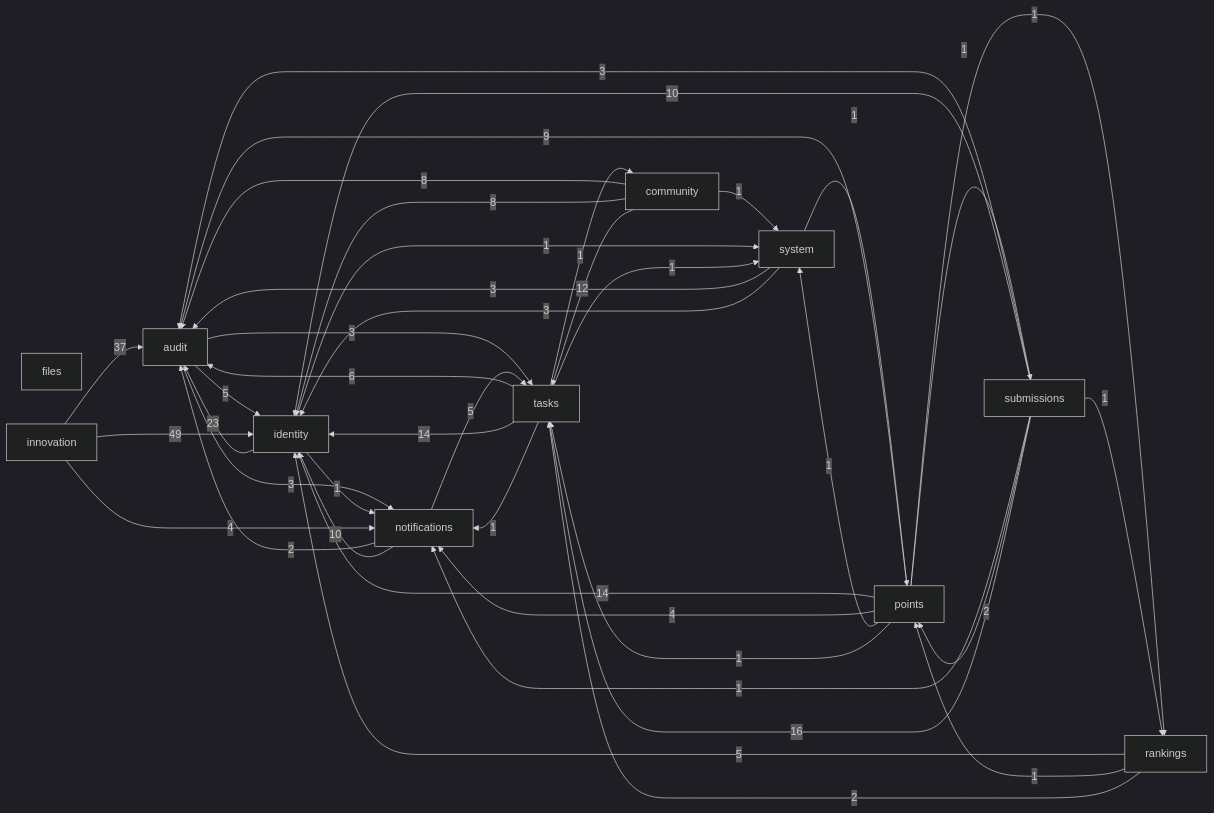
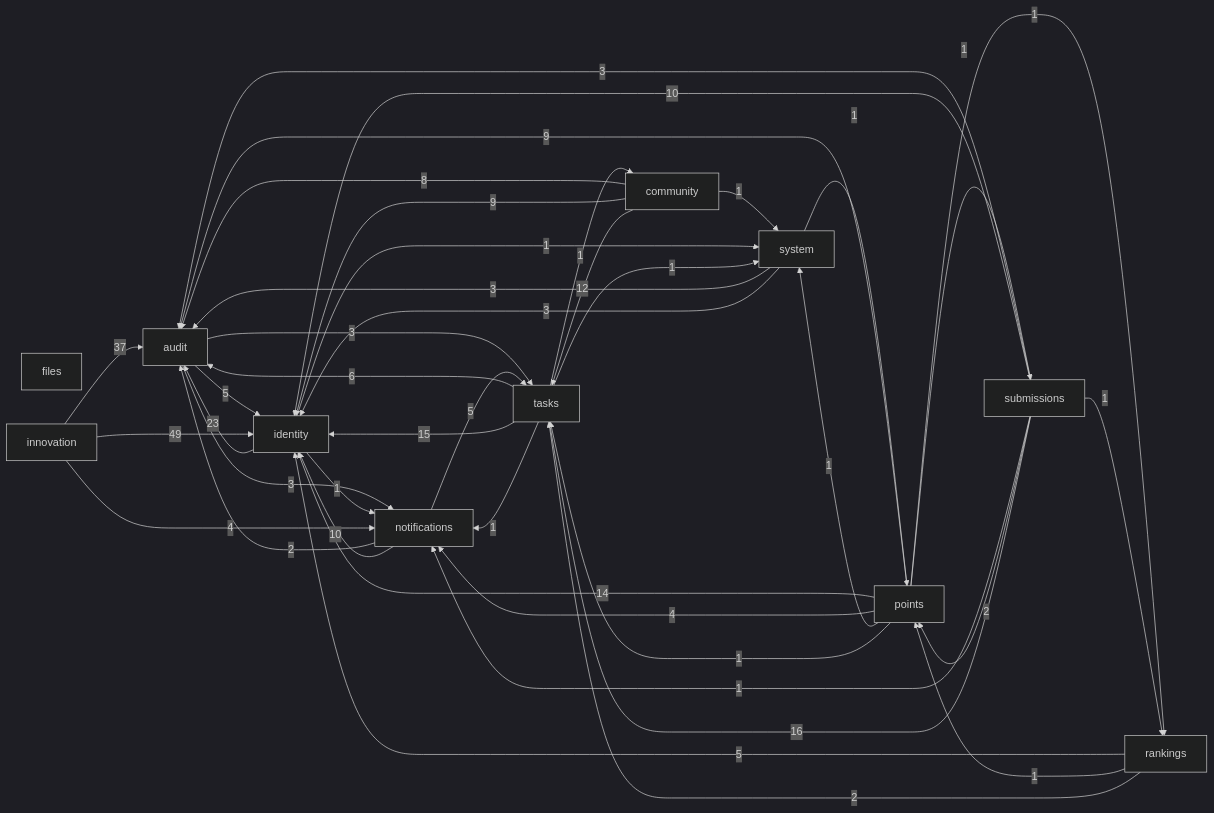
The first of 2 diagrams in docs/architecture/as-built.md (Penghuige/campus-quest), drawn with Mermaid (dark theme) before and after one commit. The commit also changed other lines of this file and 14 other files, not shown here.

````diff
--- a/docs/architecture/as-built.md
+++ b/docs/architecture/as-built.md
@@ -18,54 +18,54 @@
 ```mermaid
 flowchart LR
     audit[audit]
     community[community]
     files[files]
     identity[identity]
     innovation[innovation]
     notifications[notifications]
     points[points]
     rankings[rankings]
     submissions[submissions]
     system[system]
     tasks[tasks]
     audit -->|5| identity
     audit -->|3| notifications
     audit -->|3| tasks
     community -->|8| audit
-    community -->|8| identity
+    community -->|9| identity
     community -->|1| system
     community -->|12| tasks
     identity -->|23| audit
     identity -->|1| notifications
     identity -->|1| system
     innovation -->|37| audit
     innovation -->|49| identity
     innovation -->|4| notifications
     notifications -->|2| audit
     notifications -->|10| identity
     notifications -->|5| tasks
     points -->|9| audit
     points -->|14| identity
     points -->|4| notifications
     points -->|1| rankings
     points -->|1| submissions
     points -->|1| system
     points -->|1| tasks
     rankings -->|5| identity
     rankings -->|1| points
     rankings -->|2| tasks
     submissions -->|3| audit
     submissions -->|10| identity
     submissions -->|1| notifications
     submissions -->|2| points
     submissions -->|1| rankings
     submissions -->|16| tasks
     system -->|3| audit
     system -->|3| identity
     system -->|1| points
     tasks -->|6| audit
     tasks -->|1| community
-    tasks -->|14| identity
+    tasks -->|15| identity
     tasks -->|1| notifications
     tasks -->|1| system
 ```
````
